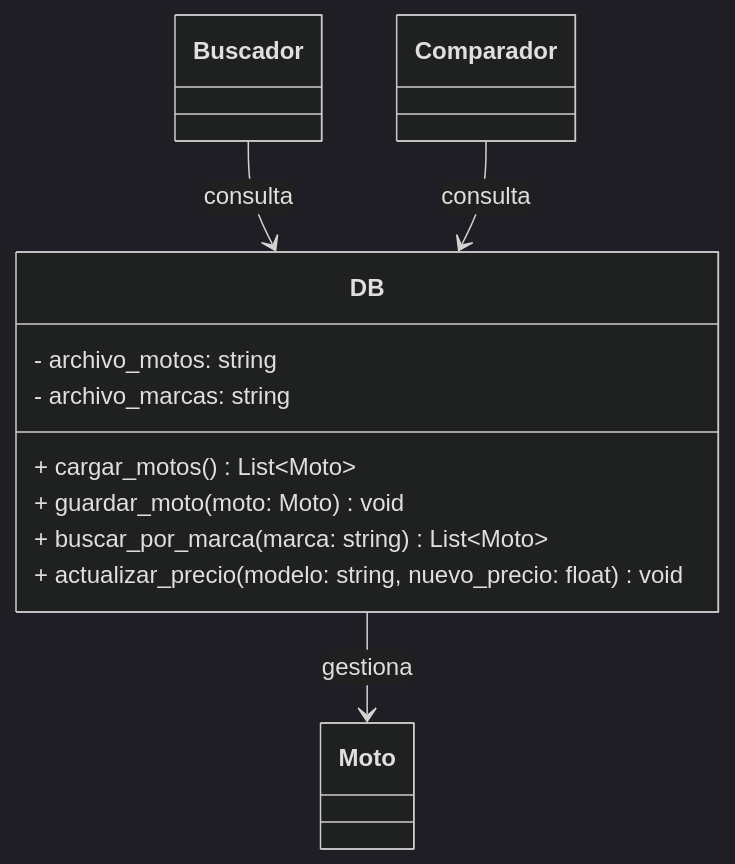
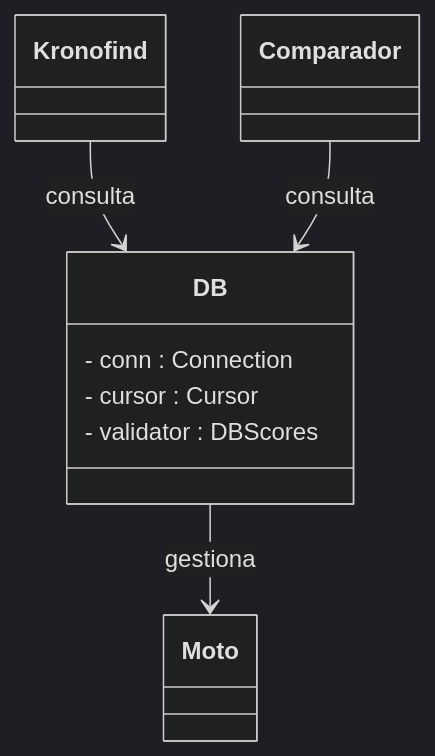
One commit to NotName-K/proj_Lkvk changed the second of 6 diagrams in README.md. Above: the diagram before and after it, drawn with Mermaid (dark theme). The commit also changed other lines of this file, not shown here.

````diff
--- a/README.md
+++ b/README.md
@@ -138,28 +138,25 @@
 ```mermaid
 classDiagram
     class DB {
-        - archivo_motos: string
-        - archivo_marcas: string
-        + cargar_motos() List~Moto~
-        + guardar_moto(moto: Moto) void
-        + buscar_por_marca(marca: string) List~Moto~
-        + actualizar_precio(modelo: string, nuevo_precio: float) void
+        - conn : Connection
+        - cursor : Cursor
+        - validator : DBScores
     }
     
     class Moto {
         
     }
     
-    class Buscador {
+    class Kronofind {
        
     }
     
     class Comparador {
         
     }
     
     %% RELACIONES
     DB --> Moto : gestiona
-    Buscador --> DB : consulta
+    Kronofind --> DB : consulta
     Comparador --> DB : consulta
 ```
````
